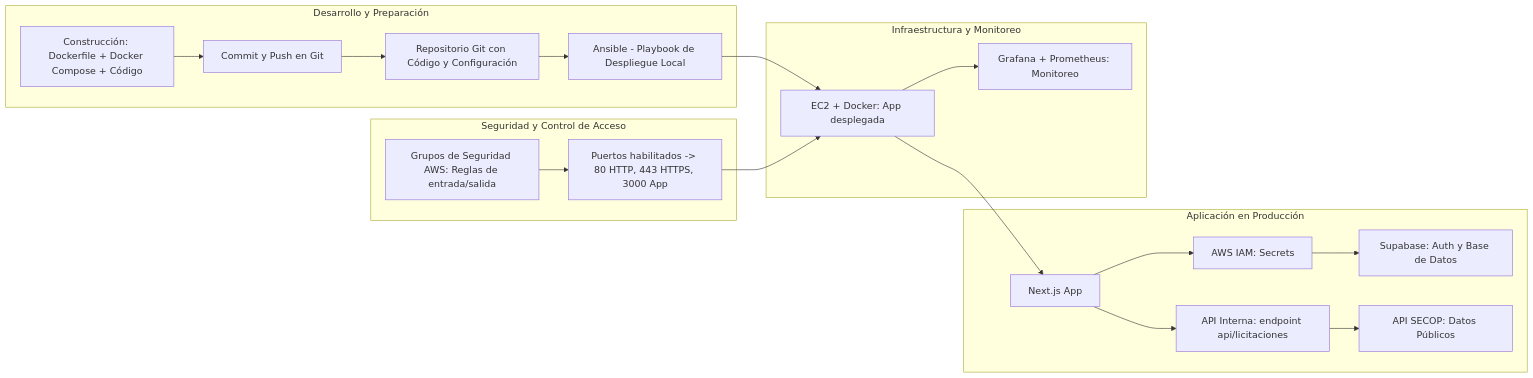
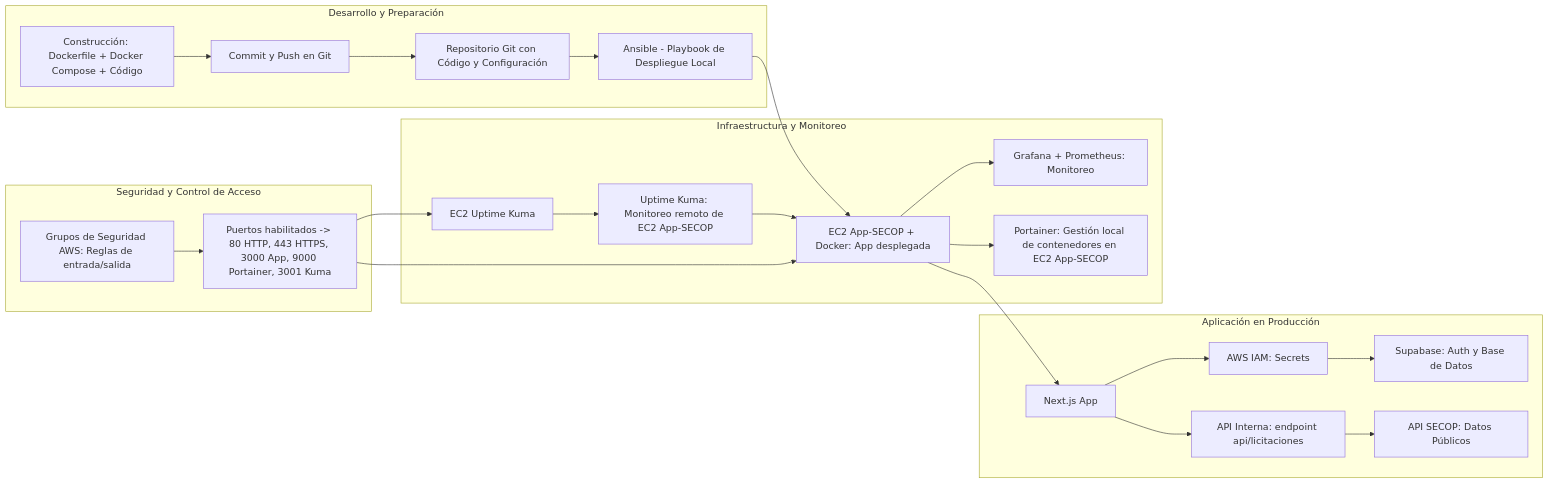
One commit to Hmarquezrada/automated-deployment-with-ansible-iac-devops changed the diagram in README.md. Above: the diagram before and after it, drawn with Mermaid.

````diff
--- a/README.md
+++ b/README.md
@@ -37,50 +37,62 @@
 ```mermaid
 flowchart LR
     subgraph DEV[Desarrollo y Preparación]
         B1[Construcción: Dockerfile + Docker Compose + Código]
         X[Commit y Push en Git]
         E[Repositorio Git con Código y Configuración]
         F[Ansible - Playbook de Despliegue Local]
     end
 
     subgraph APP[Aplicación en Producción]
         A[Next.js App]
         D[API Interna: endpoint api/licitaciones]
         B[Supabase: Auth y Base de Datos]
         C[AWS IAM: Secrets]
         S[API SECOP: Datos Públicos]
     end
 
     subgraph INFRA[Infraestructura y Monitoreo]
-        G[EC2 + Docker: App desplegada]
+        G[EC2 App-SECOP + Docker: App desplegada]
         H[Grafana + Prometheus: Monitoreo]
+        PK[Portainer: Gestión local de contenedores en EC2 App-SECOP]
+        UK[Uptime Kuma: Monitoreo remoto de EC2 App-SECOP]
+        G2[EC2 Uptime Kuma]
     end
 
     subgraph SECURITY[Seguridad y Control de Acceso]
         SG[Grupos de Seguridad AWS: Reglas de entrada/salida]
-        P[Puertos habilitados -> 80 HTTP, 443 HTTPS, 3000 App]
+        P[Puertos habilitados -> 80 HTTP, 443 HTTPS, 3000 App, 9000 Portainer, 3001 Kuma]
     end
 
     %% Flujo de construcción y despliegue
     B1 --> X
     X --> E
     E --> F
     F --> G
 
     %% Conexiones de la App
     G --> A
     A --> D
     D --> S
     A --> C
     C --> B
 
+    %% Portainer local
+    G --> PK
+
+    %% Uptime Kuma en EC2 separada
+    G2 --> UK
+    UK --> G
+
     %% Seguridad
     SG --> P
     P --> G
+    P --> G2
 
-    %% Monitoreo
+    %% Monitoreo adicional
     G --> H
 
 
 
+
 ```
````
